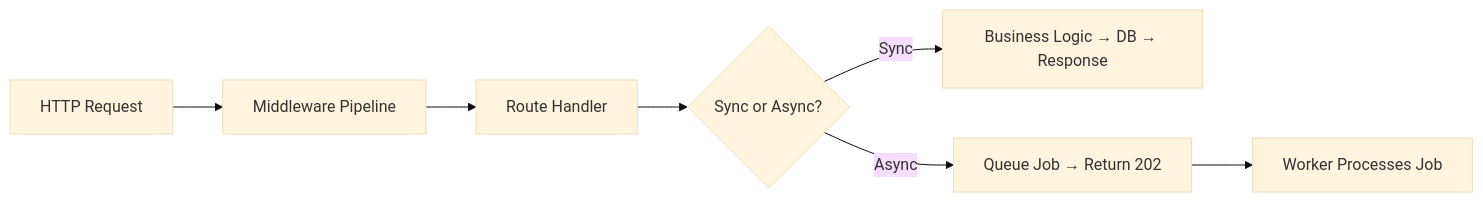
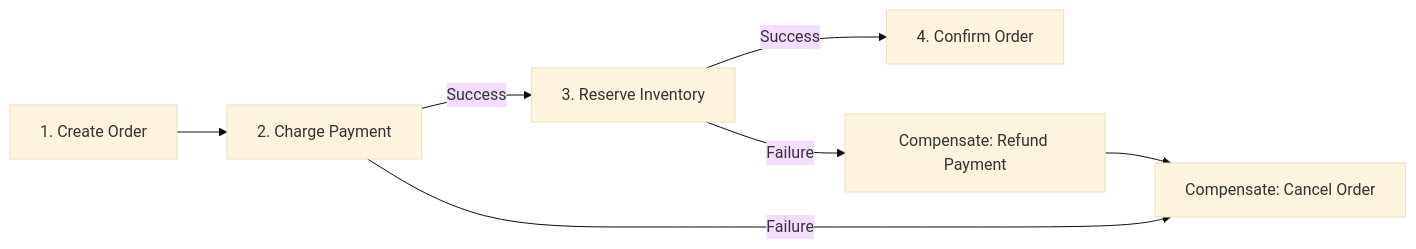
The seventh of 7 diagrams in src/content/backend-paths/architecture.md (tomzaku/perp-ef), drawn with Mermaid (base theme) before and after one commit. The commit also changed other lines of this file and 9 other files, not shown here.

````diff
--- a/src/content/backend-paths/architecture.md
+++ b/src/content/backend-paths/architecture.md
@@ -39,9 +650,9 @@
 ```mermaid
 flowchart LR
-    A[HTTP Request] --> B[Middleware Pipeline]
-    B --> C[Route Handler]
-    C --> D{Sync or Async?}
-    D -->|Sync| E[Business Logic → DB → Response]
-    D -->|Async| F[Queue Job → Return 202]
-    F --> G[Worker Processes Job]
+    A[1. Create Order] --> B[2. Charge Payment]
+    B -->|Success| C[3. Reserve Inventory]
+    C -->|Success| D[4. Confirm Order]
+    B -->|Failure| E[Compensate: Cancel Order]
+    C -->|Failure| F[Compensate: Refund Payment]
+    F --> E
 ```
````
